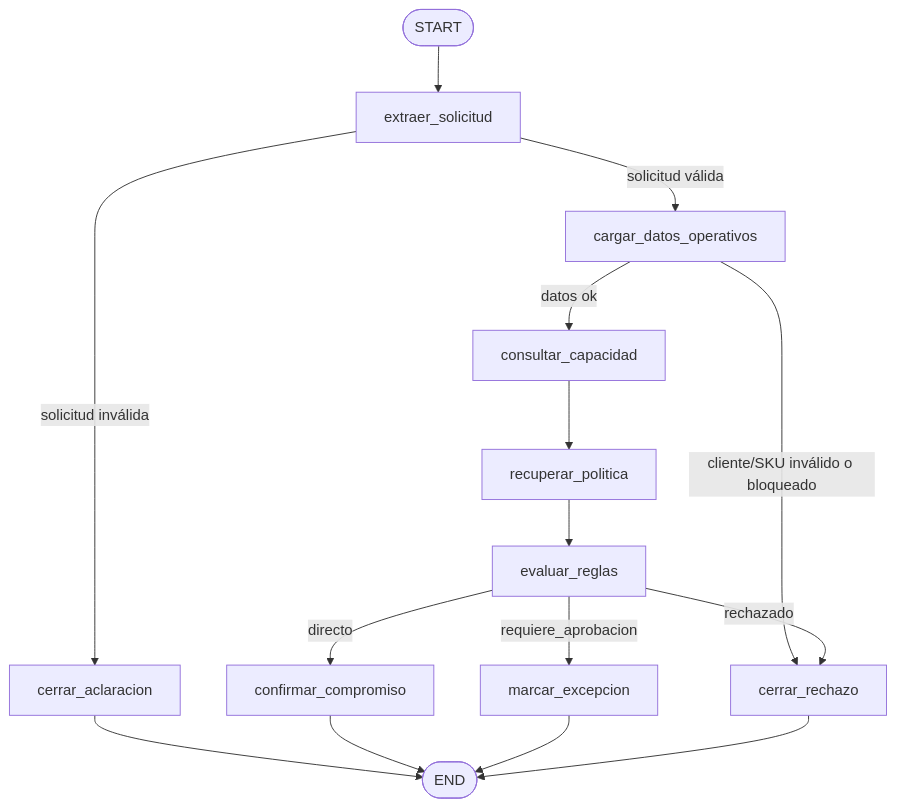
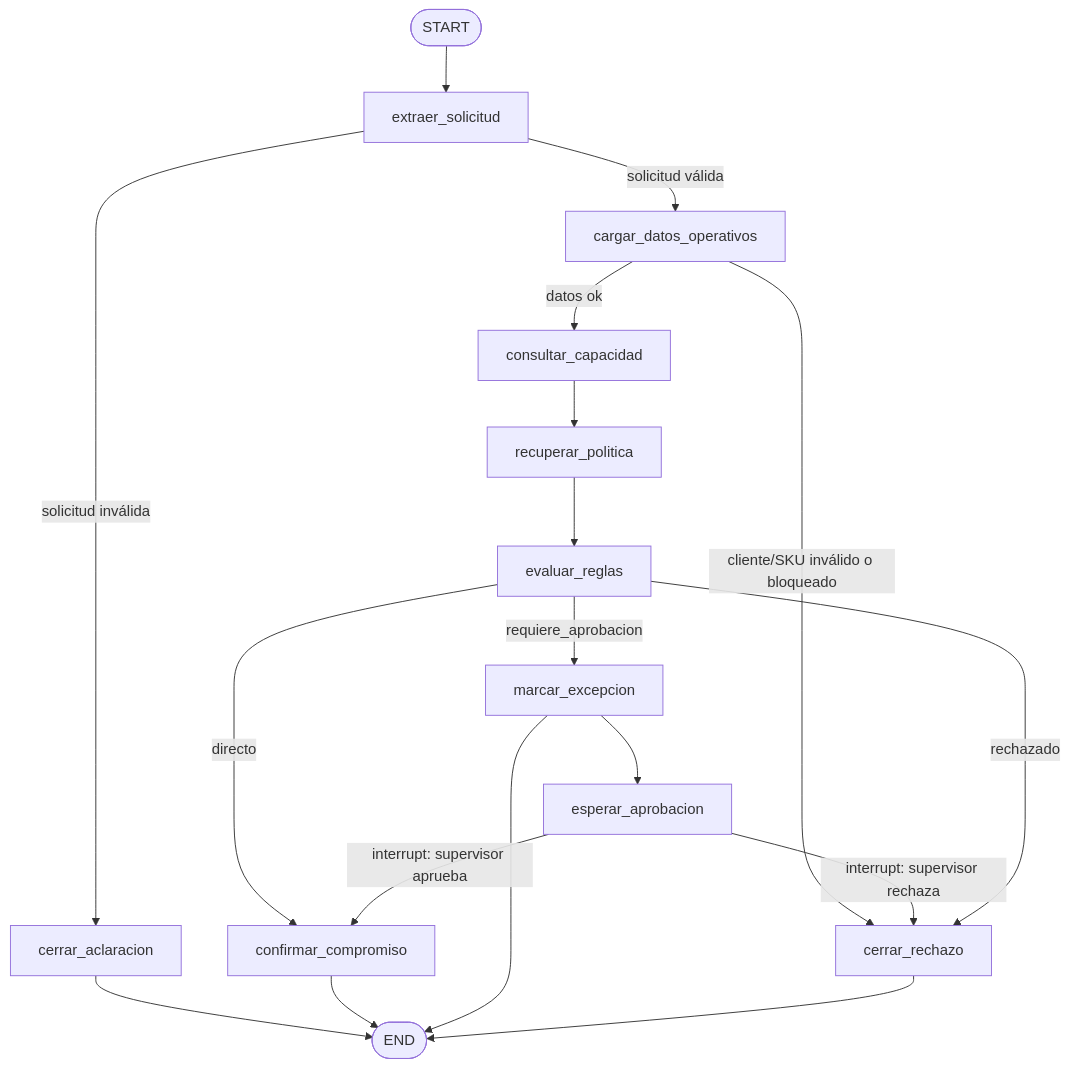
One commit to rafaelsense/heredia_marcelino_modulo3 changed the diagram in docs/workflow.md. Above: the diagram before and after it, drawn with Mermaid. The commit also changed other lines of this file and 15 other files, not shown here.

````diff
--- a/docs/workflow.md
+++ b/docs/workflow.md
@@ -10,17 +10,20 @@
 ```mermaid
 flowchart TD
     START([START]) --> A[extraer_solicitud]
     A -->|solicitud inválida| IA[cerrar_aclaracion]
     A -->|solicitud válida| B[cargar_datos_operativos]
     B -->|cliente/SKU inválido o bloqueado| R[cerrar_rechazo]
     B -->|datos ok| C[consultar_capacidad]
     C --> D[recuperar_politica]
     D --> E[evaluar_reglas]
     E -->|directo| F[confirmar_compromiso]
     E -->|requiere_aprobacion| G[marcar_excepcion]
+    G --> H[esperar_aprobacion]
+    H -->|interrupt: supervisor aprueba| F
+    H -->|interrupt: supervisor rechaza| R
     E -->|rechazado| R
     IA --> FIN([END])
     F --> FIN
     G --> FIN
     R --> FIN
 ```
````
